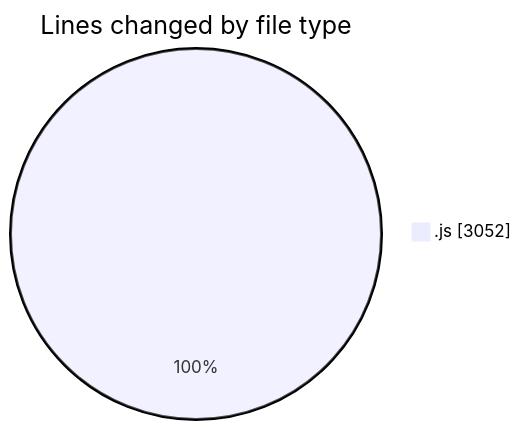
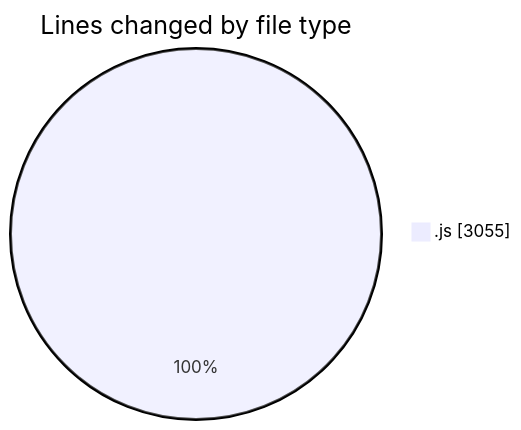
One commit to nxtqubesakshisongat/code-tracking changed the first of 2 diagrams in 2025-10-16/nxtqube_webapp/README.md. Above: the diagram before and after it, drawn with Mermaid. The commit also changed other lines of this file and 1 other file, not shown here.

````diff
--- a/2025-10-16/nxtqube_webapp/README.md
+++ b/2025-10-16/nxtqube_webapp/README.md
@@ -20,5 +20,5 @@
 ```mermaid
 pie showData
 title Lines changed by file type
-".js" : 3052
+".js" : 3055
 ```
````
